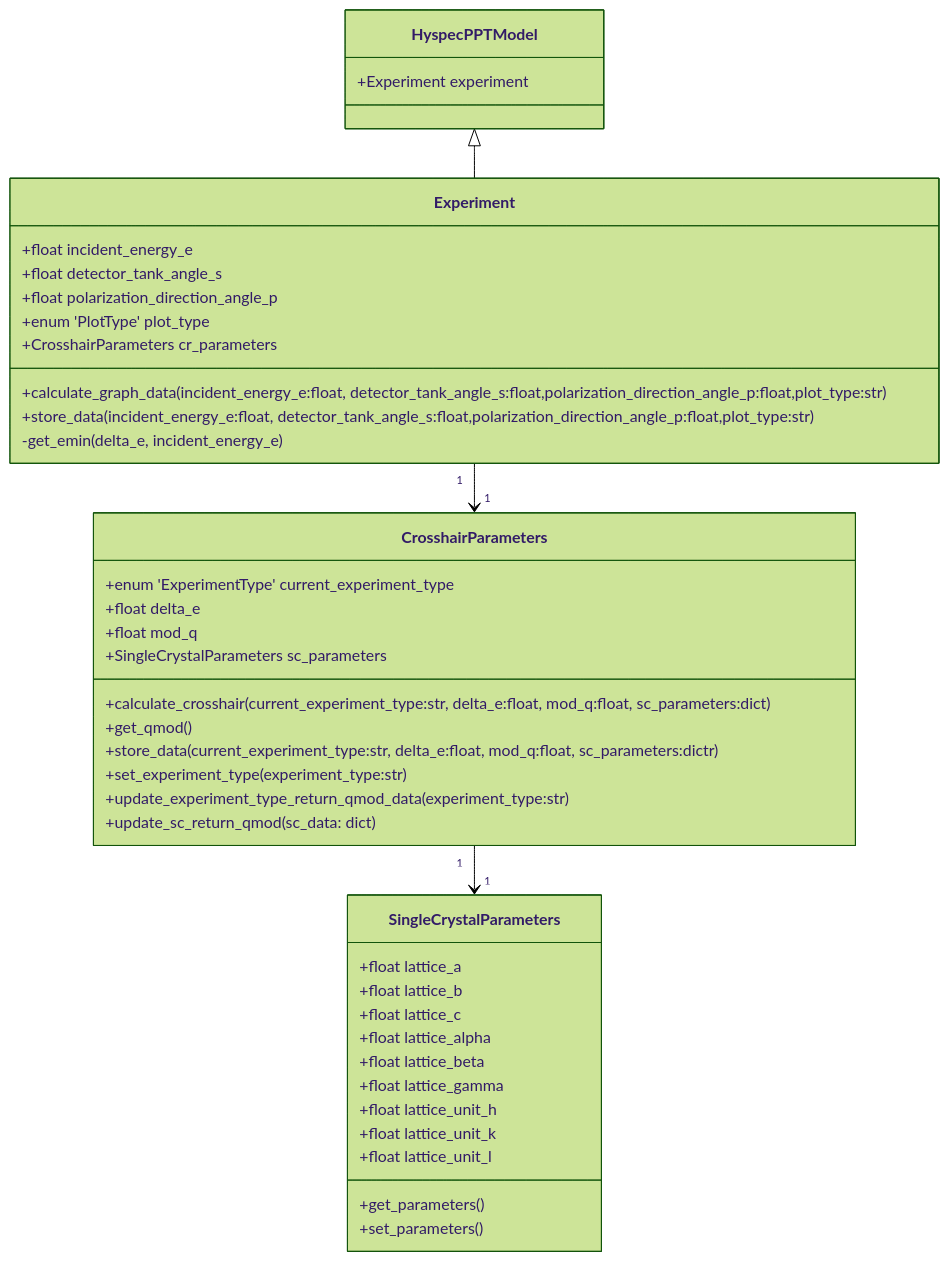
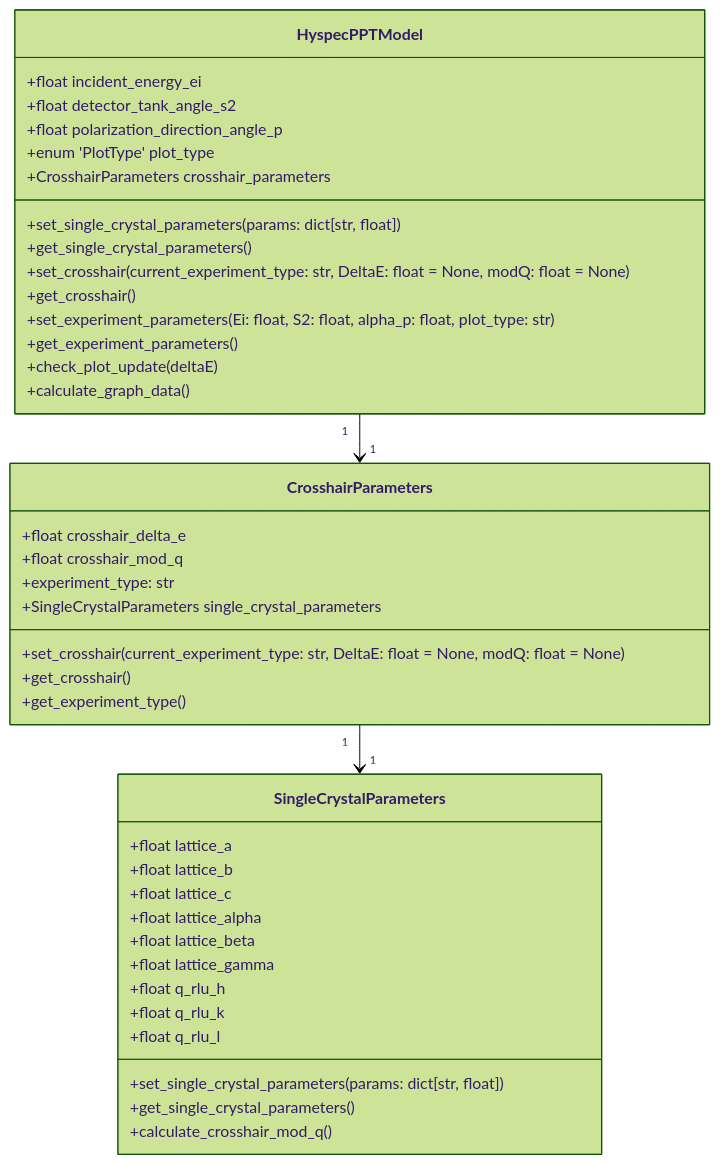
One commit to neutrons/hyspecppt changed the first of 14 diagrams in docs/source/design/hyspecpptclasses.rst. Above: the diagram before and after it, drawn with Mermaid (forest theme). The commit also changed other lines of this file and 8 other files, not shown here.

```diff
--- a/docs/source/design/hyspecpptclasses.rst
+++ b/docs/source/design/hyspecpptclasses.rst
@@ -15,50 +16,47 @@
 .. mermaid::
 
  classDiagram
-    HyspecPPTModel <|-- Experiment
-    Experiment "1" -->"1" CrosshairParameters
+    HyspecPPTModel "1" -->"1" CrosshairParameters
     CrosshairParameters "1" -->"1" SingleCrystalParameters
 
-
     class HyspecPPTModel{
-        +Experiment experiment
-    }
-
-    class Experiment{
-        +float incident_energy_e
-        +float detector_tank_angle_s
+        +float incident_energy_ei
+        +float detector_tank_angle_s2
         +float polarization_direction_angle_p
         +enum 'PlotType' plot_type
-        +CrosshairParameters cr_parameters
-        +calculate_graph_data(incident_energy_e:float, detector_tank_angle_s:float,polarization_direction_angle_p:float,plot_type:str)
-        +store_data(incident_energy_e:float, detector_tank_angle_s:float,polarization_direction_angle_p:float,plot_type:str)
-        -get_emin(delta_e, incident_energy_e)
+        +CrosshairParameters crosshair_parameters
+        +set_single_crystal_parameters(params: dict[str, float])
+        +get_single_crystal_parameters()
+        +set_crosshair(current_experiment_type: str, DeltaE: float = None, modQ: float = None)
+        +get_crosshair()
+        +set_experiment_parameters(Ei: float, S2: float, alpha_p: float, plot_type: str)
+        +get_experiment_parameters()
+        +check_plot_update(deltaE)
+        +calculate_graph_data()
     }
 
 
     class CrosshairParameters{
-        +enum 'ExperimentType' current_experiment_type
-        +float delta_e
-        +float mod_q
-        +SingleCrystalParameters sc_parameters
-        +calculate_crosshair(current_experiment_type:str, delta_e:float, mod_q:float, sc_parameters:dict)
-        +get_qmod()
-        +store_data(current_experiment_type:str, delta_e:float, mod_q:float, sc_parameters:dictr)
-        +set_experiment_type(experiment_type:str)
-        +update_experiment_type_return_qmod_data(experiment_type:str)
-        +update_sc_return_qmod(sc_data: dict)
+        +float crosshair_delta_e
+        +float crosshair_mod_q
+        +experiment_type: str
+        +SingleCrystalParameters single_crystal_parameters
+        +set_crosshair(current_experiment_type: str, DeltaE: float = None, modQ: float = None)
+        +get_crosshair()
+        +get_experiment_type()
     }
 
     class SingleCrystalParameters{
         +float lattice_a
         +float lattice_b
         +float lattice_c
         +float lattice_alpha
         +float lattice_beta
         +float lattice_gamma
-        +float lattice_unit_h
-        +float lattice_unit_k
-        +float lattice_unit_l
-        +get_parameters()
-        +set_parameters()
+        +float q_rlu_h
+        +float q_rlu_k
+        +float q_rlu_l
+        +set_single_crystal_parameters(params: dict[str, float])
+        +get_single_crystal_parameters()
+        +calculate_crosshair_mod_q()
     }
```
